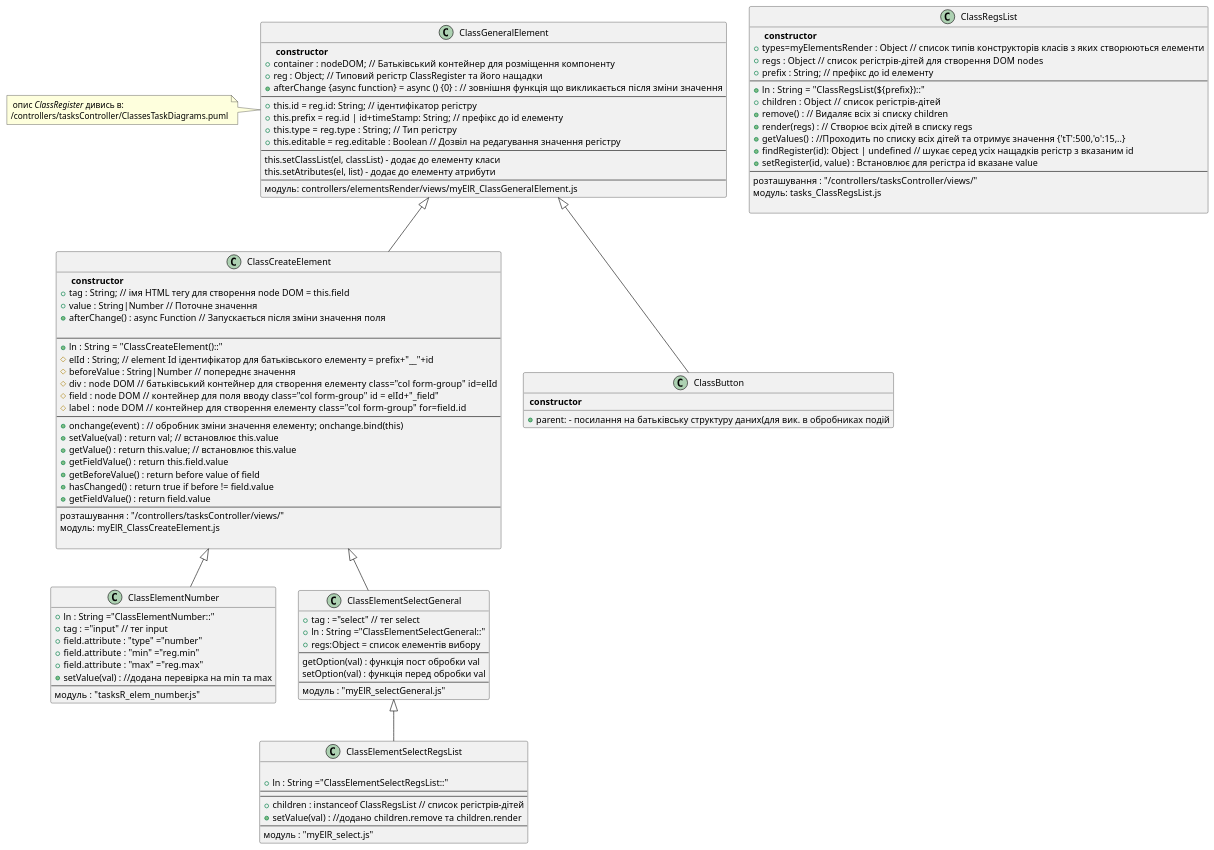
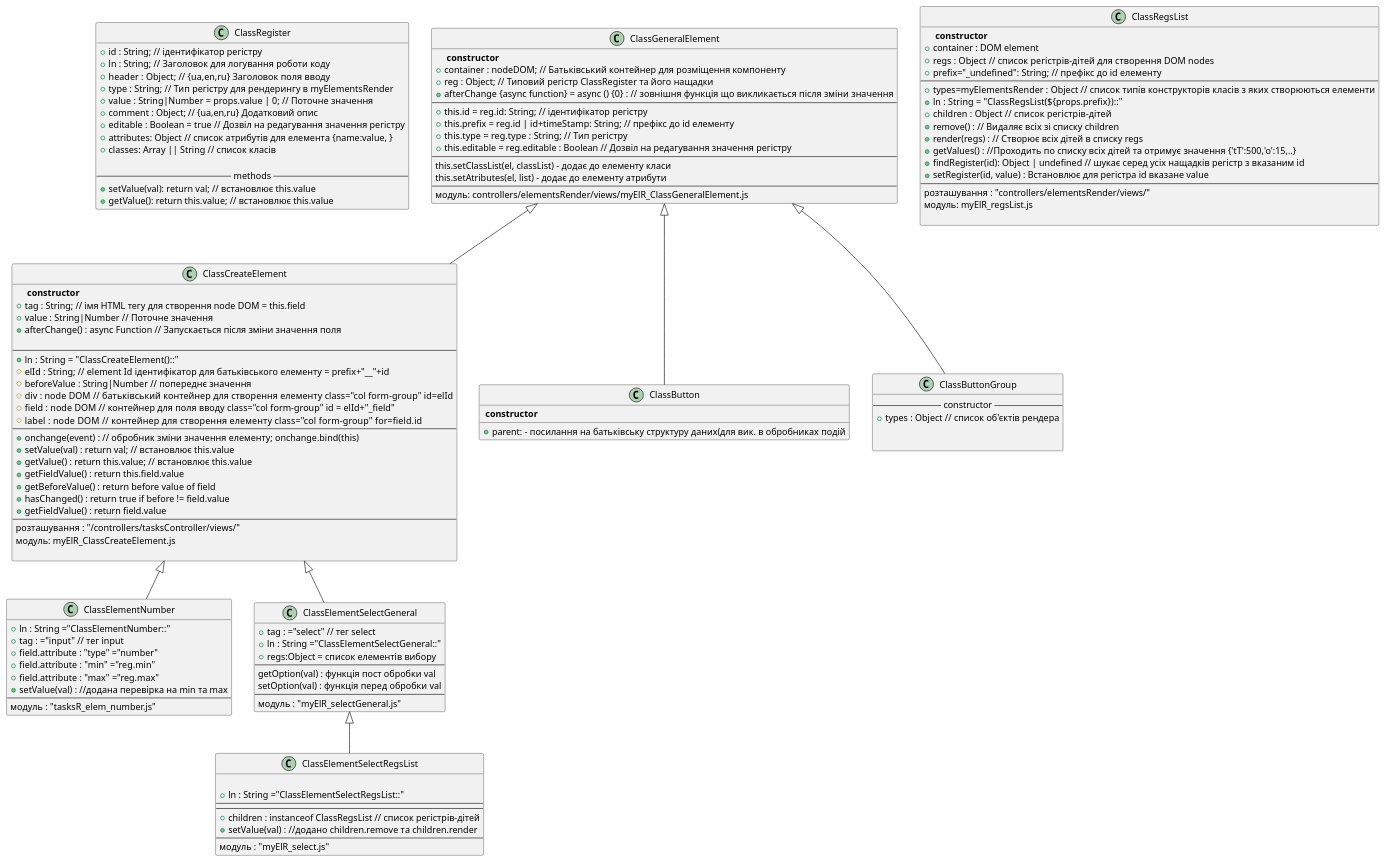
One commit to YVitalii/ASUTP2021 changed the diagram in controllers/elementsRender/ElementsDiagram.puml. Above: the diagram before and after it, drawn with PlantUML. The commit also changed 18 other files, not shown here.

```diff
--- a/controllers/elementsRender/ElementsDiagram.puml
+++ b/controllers/elementsRender/ElementsDiagram.puml
@@ -1,120 +1,142 @@
 @startuml DOM_elements
+
+class "ClassRegister" as register { 
+    +id : String; // ідентифікатор регістру
+    +ln : String; // Заголовок для логування роботи коду
+    +header : Object; // {ua,en,ru}  Заголовок поля вводу
+    +type :  String; // Тип регістру для рендерингу в myElementsRender
+    +value : String|Number = props.value | 0; // Поточне значення
+    +comment : Object; // {ua,en,ru} Додатковий опис
+    +editable : Boolean = true // Дозвіл на редагування значення регістру
+	+attributes: Object // список атрибутів для елемента {name:value, }
+	+classes: Array || String // список класів 
+	
+	---- methods ----
+    +setValue(val): return val; // встановлює this.value
+    +getValue(): return this.value; // встановлює this.value
+}
 
 
 
 
 class ClassGeneralElement {
     ** constructor **
 	+container : nodeDOM; // Батьківський контейнер для розміщення компоненту
 	+reg : Object; // Типовий регістр ClassRegister та його нащадки
 	+afterChange {async function} = async () {0} :  // зовнішня функція що викликається після зміни значення
 	---
     +this.id = reg.id: String; // ідентифікатор регістру 
     +this.prefix = reg.id | id+timeStamp: String; // префікс до id елементу 
 	+this.type = reg.type :  String; // Тип регістру
 	+this.editable = reg.editable : Boolean // Дозвіл на редагування значення регістру
 	---
 	this.setClassList(el, classList) - додає до елементу класи
 	this.setAtributes(el, list) - додає до елементу атрибути 
 	---
 	модуль: controllers/elementsRender/views/myElR_ClassGeneralElement.js
 }
 
-note left of ClassGeneralElement
-     опис <i>ClassRegister</i> дивись в:
-    /controllers/tasksController/ClassesTaskDiagrams.puml
-end note
+
 
  ClassGeneralElement <|-- ClassCreateElement
  
 class ClassCreateElement {
     ** constructor **
     +tag : String; // імя HTML тегу для створення node DOM = this.field
 	+value : String|Number // Поточне значення
 	+afterChange() : async Function // Запускається після зміни значення поля
 	
 	---
 	+ln : String  = "ClassCreateElement()::"
     #elId : String; // element Id ідентифікатор для батьківського елементу = prefix+"__"+id
     #beforeValue : String|Number // попереднє значення
     #div : node DOM   // батьківський контейнер для створення елементу class="col form-group" id=elId
     #field : node DOM  // контейнер для поля вводу class="col form-group" id = elId+"_field"
     #label : node DOM   // контейнер для створення елементу   class="col form-group" for=field.id
     ---
     +onchange(event) : // обробник зміни значення елементу; onchange.bind(this)
     +setValue(val) : return val; // встановлює this.value
     +getValue() : return this.value; // встановлює this.value
     +getFieldValue() : return this.field.value
 	+getBeforeValue() : return before value of field
 	+hasChanged() : return true if before != field.value
 	+getFieldValue() : return field.value
     ---
     розташування : "/controllers/tasksController/views/"
     модуль: myElR_ClassCreateElement.js 
     
 }
 
 class ClassButton {
 	** constructor **
 	+ parent: - посилання на батьківську структуру даних(для вик. в обробниках подій
 	
 }
 ClassGeneralElement <|-- ClassButton
+
+class ClassButtonGroup {
+---- constructor ----
++types : Object // список об'єктів рендера
+
+
+}
+ClassGeneralElement <|-- ClassButtonGroup
 
 class ClassElementNumber {
     +ln : String ="ClassElementNumber::"
     +tag : ="input" // тег input
     +field.attribute : "type" ="number"
     +field.attribute : "min" ="reg.min"
     +field.attribute : "max" ="reg.max"
     +setValue(val) : //додана перевірка на min та max
     ---
     модуль : "tasksR_elem_number.js" 
 }
 ClassCreateElement <|-- ClassElementNumber
 
 class ClassElementSelectGeneral {
     +tag : ="select" // тег select
     +ln : String ="ClassElementSelectGeneral::"
     +regs:Object = список елементів вибору
     ---
 	getOption(val) : функція пост обробки val
 	setOption(val) : функція перед обробки val
 	---
     модуль : "myElR_selectGeneral.js" 
 }
 ClassCreateElement <|-- ClassElementSelectGeneral
 
 class ClassElementSelectRegsList {
     
     +ln : String ="ClassElementSelectRegsList::"
 	---
 	---
     +children : instanceof ClassRegsList // список регістрів-дітей 
     +setValue(val) : //додано children.remove та children.render
     ---
     модуль : "myElR_select.js" 
 }
 ClassElementSelectGeneral <|-- ClassElementSelectRegsList
 
 
 class ClassRegsList {   
     ** constructor **
-    +types=myElementsRender : Object // список типів конструкторів класів  з яких створюються елементи 
+    +container : DOM element
     +regs  : Object // список регістрів-дітей для створення DOM nodes
-    +prefix : String; // префікс до id елементу 
+    +prefix="_undefined": String; // префікс до id елементу 
 	---
-	+ln : String  = "ClassRegsList(${prefix})::"
+	+types=myElementsRender : Object // список типів конструкторів класів  з яких створюються елементи 
+	+ln : String  = "ClassRegsList(${props.prefix})::"
     +children :  Object // список регістрів-дітей
     +remove() : // Видаляє всіх зі списку children
     +render(regs) : // Створює всіх дітей в списку regs
     +getValues() : //Проходить по списку всіх дітей та отримує значення {'tT':500,'o':15,..}
     +findRegister(id): Object | undefined // шукає серед усіх нащадків регістр з вказаним id
     +setRegister(id, value) : Встановлює для регістра id вказане value 
     ---
-    розташування : "/controllers/tasksController/views/"
-    модуль: tasks_ClassRegsList.js 
+    розташування : "controllers/elementsRender/views/"
+    модуль: myElR_regsList.js
     
 }
 
 @enduml
```
